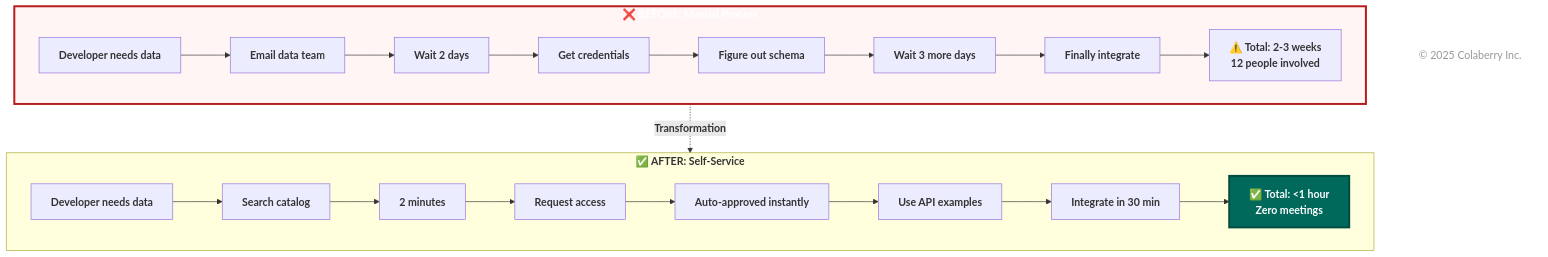
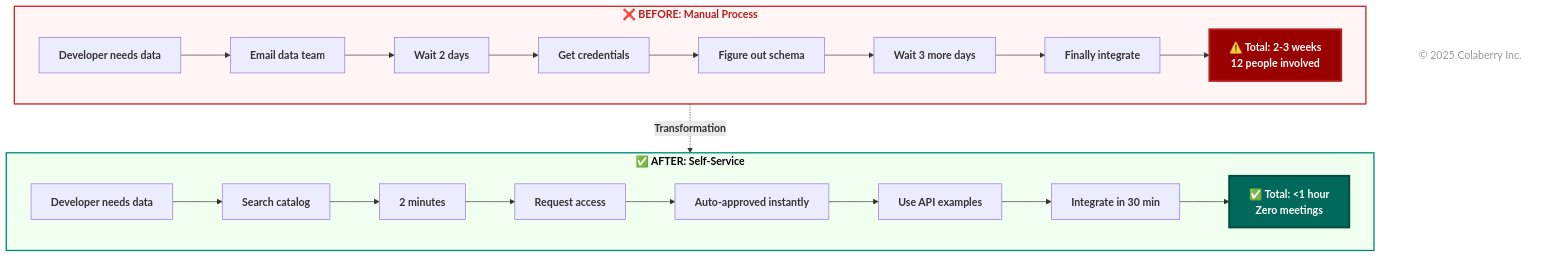
Diagram 13 of 16 in chapter-01/chapter_1_complete.md (colaberry/enterprise-data-readiness-ai-agents), drawn with Mermaid before and after one commit. The commit also changed other lines of this file, not shown here.

First line of the commit message:
Fixes for  broken diagram 7

````diff
--- a/chapter-01/chapter_1_complete.md
+++ b/chapter-01/chapter_1_complete.md
@@ -1936,40 +1936,41 @@
 ```mermaid
 flowchart TB
     subgraph before["`**❌ BEFORE: Manual Process**`"]
         direction LR
         B1["`**Developer needs data**`"]
         B2["`**Email data team**`"]
         B3["`**Wait 2 days**`"]
         B4["`**Get credentials**`"]
         B5["`**Figure out schema**`"]
         B6["`**Wait 3 more days**`"]
         B7["`**Finally integrate**`"]
         B8["`**⚠️ Total: 2-3 weeks**<br/><b>12 people involved</b>`"]
         
         B1 --> B2 --> B3 --> B4 --> B5 --> B6 --> B7 --> B8
     end
 
     subgraph after["`**✅ AFTER: Self-Service**`"]
         direction LR
         A1["`**Developer needs data**`"]
         A2["`**Search catalog**`"]
         A3["`**2 minutes**`"]
         A4["`**Request access**`"]
         A5["`**Auto-approved instantly**`"]
         A6["`**Use API examples**`"]
         A7["`**Integrate in 30 min**`"]
         A8["`**✅ Total: <1 hour**<br/><b>Zero meetings</b>`"]
         
         A1 --> A2 --> A3 --> A4 --> A5 --> A6 --> A7 --> A8
     end
 
     before -.->|"`**Transformation**`"| after
 
-    style before fill:#fff5f5,stroke:#c62828,stroke-width:2px,color:#b71c1c    style after fill:#f0fff0,stroke:#00897b,stroke-width:2px,color:#000000    style B8 fill:#990000,color:#ffffff,stroke:#b71c1c,stroke-width:3px
-
+    style before fill:#fff5f5,stroke:#c62828,stroke-width:2px,color:#b71c1c
+    style after fill:#f0fff0,stroke:#00897b,stroke-width:2px,color:#000000
+    style B8 fill:#990000,color:#ffffff,stroke:#b71c1c,stroke-width:3px
+    style A8 fill:#00695c,color:#ffffff,stroke:#004d40,stroke-width:3px
+    
     %% Copyright Notice
     CR["© 2025 Colaberry Inc."]
-
-    style A8 fill:#00695c,color:#ffffff,stroke:#004d40,stroke-width:3px
     style CR fill:none,stroke:none,color:#999999
 ```
````
